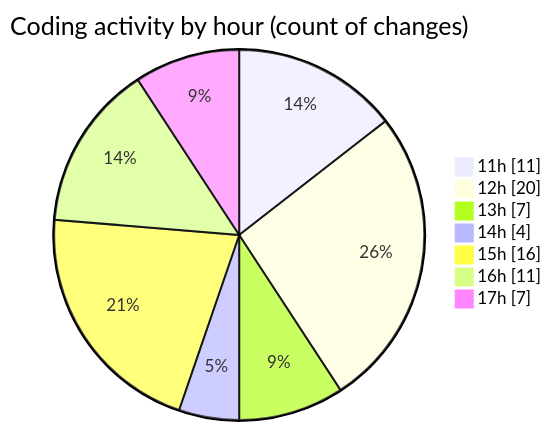
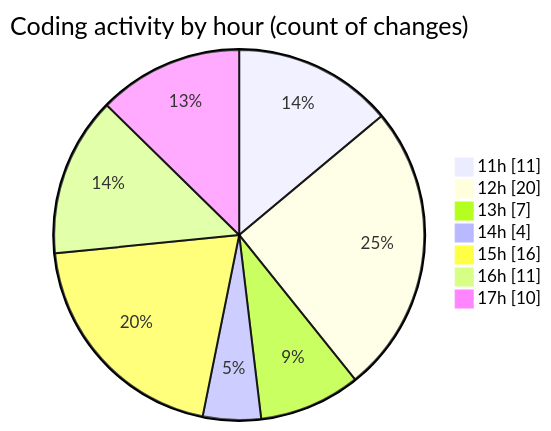
One commit to nxtqubesakshisongat/code-tracking changed the second of 2 diagrams in 2025-10-14/nxtqube_webapp/README.md. Above: the diagram before and after it, drawn with Mermaid. The commit also changed other lines of this file and 1 other file, not shown here.

````diff
--- a/2025-10-14/nxtqube_webapp/README.md
+++ b/2025-10-14/nxtqube_webapp/README.md
@@ -29,11 +31,11 @@
 ```mermaid
 pie showData
 title Coding activity by hour (count of changes)
 "11h" : 11
 "12h" : 20
 "13h" : 7
 "14h" : 4
 "15h" : 16
 "16h" : 11
-"17h" : 7
+"17h" : 10
 ```
````
